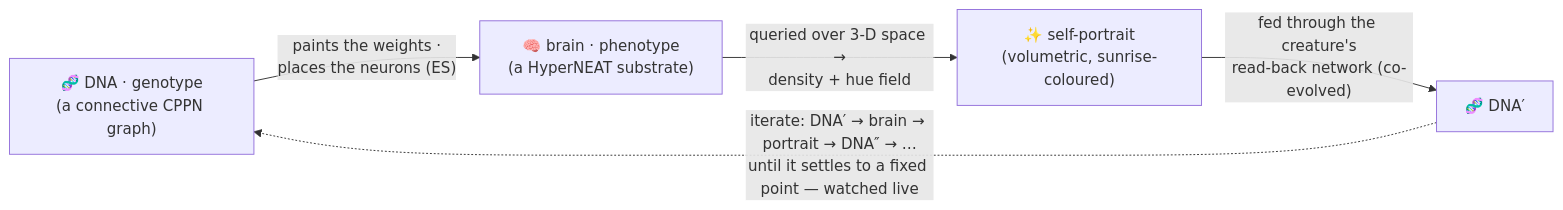
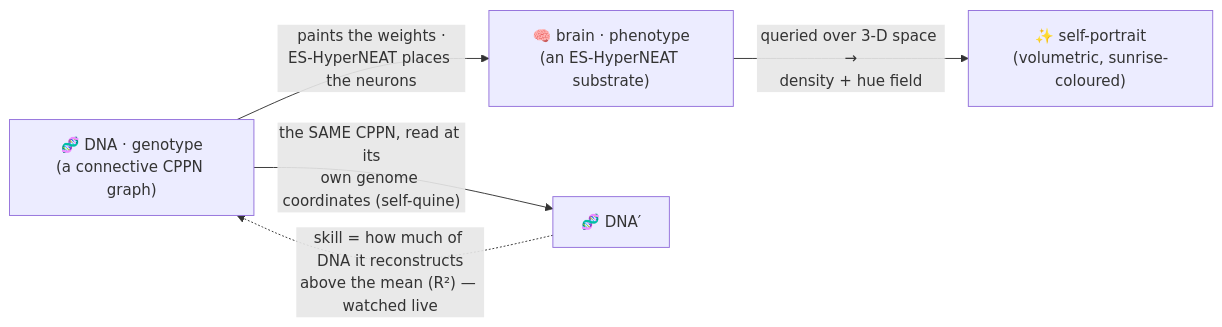
The first of 3 diagrams in VISION.md (admiralakber/autograph), drawn with Mermaid before and after one commit. The commit also changed other lines of this file and 6 other files, not shown here.

First line of the commit message:
docs: reconcile every claim to the genuine ES-HyperNEAT + self-quine

````diff
--- a/VISION.md
+++ b/VISION.md
@@ -24,7 +24,7 @@
 ```mermaid
 flowchart LR
-  DNA["🧬 DNA · genotype<br/>(a connective CPPN graph)"] -->|"paints the weights ·<br/>places the neurons (ES)"| PHENO["🧠 brain · phenotype<br/>(a HyperNEAT substrate)"]
+  DNA["🧬 DNA · genotype<br/>(a connective CPPN graph)"] -->|"paints the weights ·<br/>ES-HyperNEAT places the neurons"| PHENO["🧠 brain · phenotype<br/>(an ES-HyperNEAT substrate)"]
   PHENO -->|"queried over 3-D space →<br/>density + hue field"| ART["✨ self-portrait<br/>(volumetric, sunrise-coloured)"]
-  ART -->|"fed through the creature's<br/>read-back network (co-evolved)"| DNA2["🧬 DNA′"]
-  DNA2 -. "iterate: DNA′ → brain → portrait → DNA″ → …<br/>until it settles to a fixed point — watched live" .-> DNA
+  DNA -->|"the SAME CPPN, read at its<br/>own genome coordinates (self-quine)"| DNA2["🧬 DNA′"]
+  DNA2 -. "skill = how much of DNA it reconstructs<br/>above the mean (R²) — watched live" .-> DNA
 ```
````
